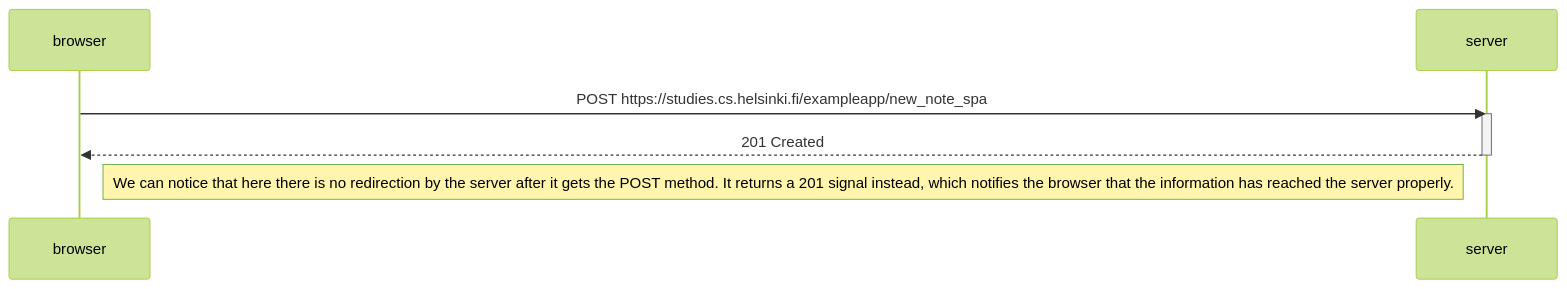
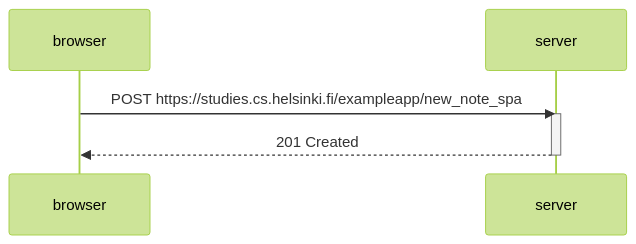
Before and after one commit to joanrates/FullstackOpenExercices: the diagram in part0/p0ex6.md, drawn with Mermaid (forest theme).

````diff
--- a/part0/p0ex6.md
+++ b/part0/p0ex6.md
@@ -3,15 +5,11 @@
 ```mermaid
 sequenceDiagram
     participant browser
     participant server
 
     browser->>server: POST https://studies.cs.helsinki.fi/exampleapp/new_note_spa
     activate server
     server-->>browser: 201 Created
     deactivate server
-
-
-    Note right of browser: We can notice that here there is no redirection by the server after it gets the POST method. It returns a 201 signal instead, which notifies the browser that the information has reached the server properly.
-
     
 ```
````
